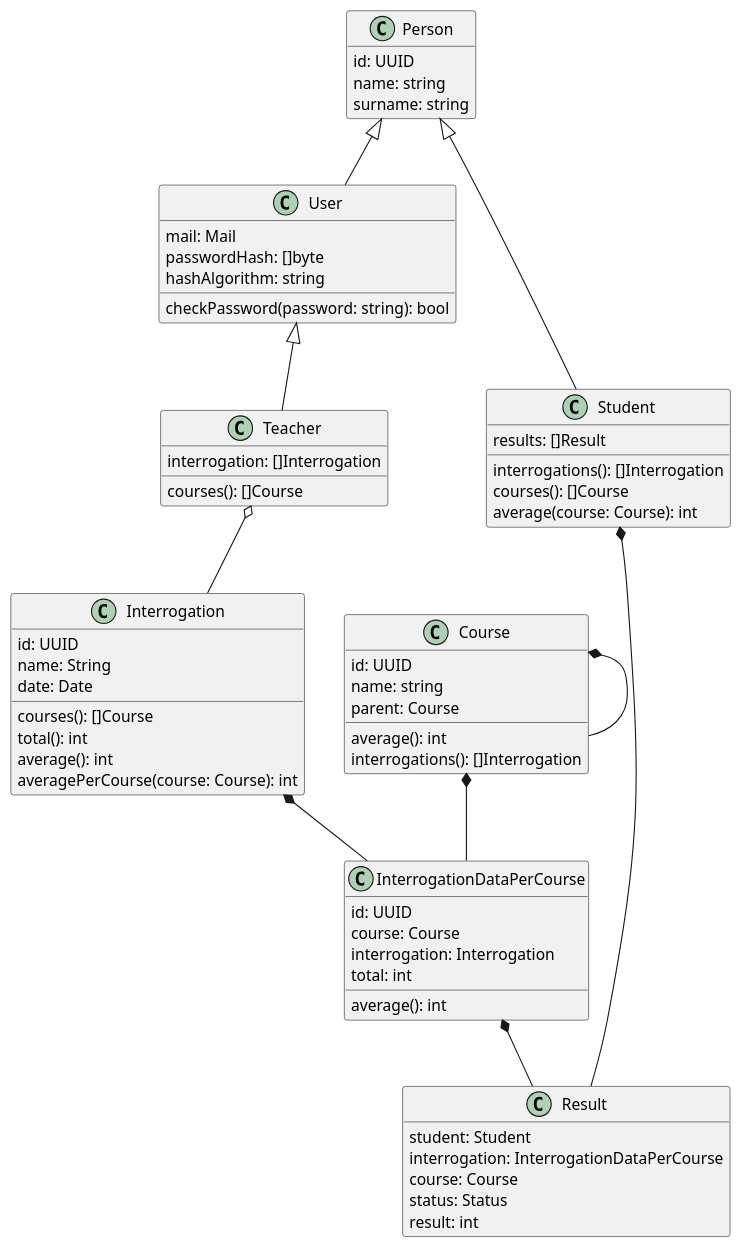
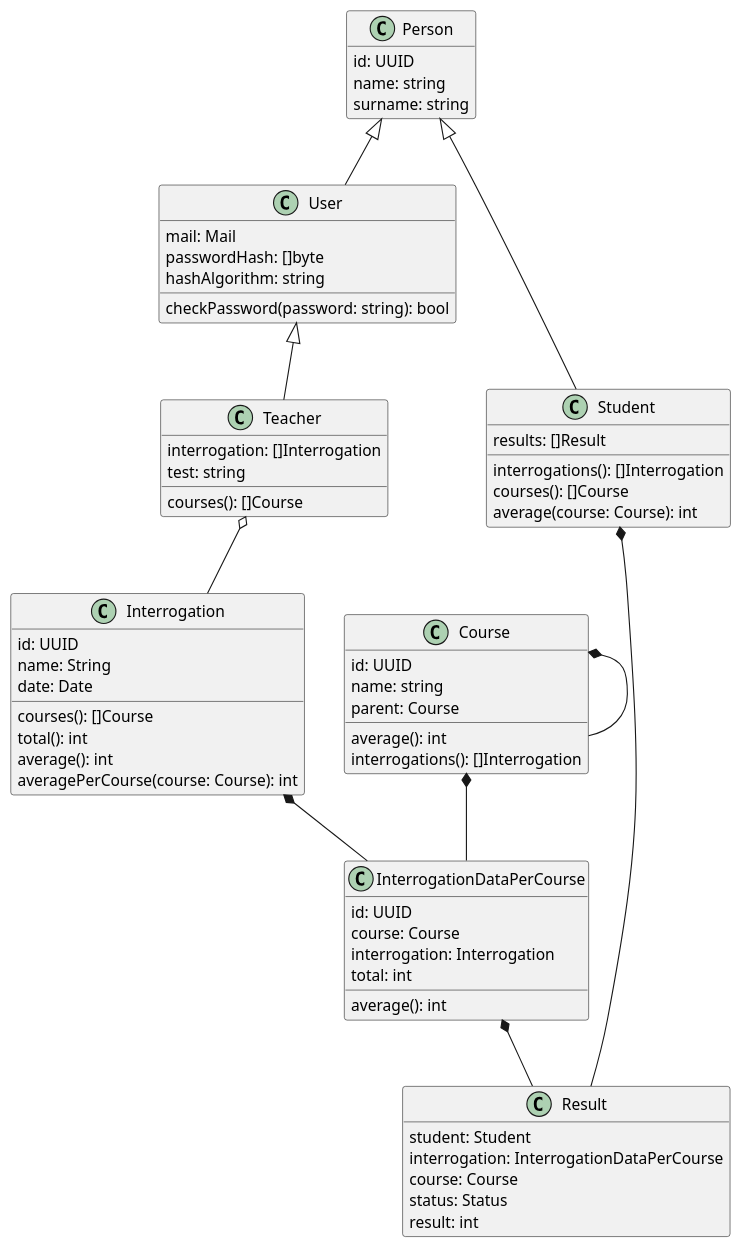
Before and after one commit to normegil/toth: the diagram in analysis/model.puml, drawn with PlantUML. The commit also changed 4 other files, not shown here.

Commit message:
#9 - Pre-commit hook added to generate schema from puml files

```diff
--- a/analysis/model.puml
+++ b/analysis/model.puml
@@ -1,74 +1,75 @@
 @startuml
 hide empty methods
 
 class Person {
     id: UUID
     name: string
     surname: string
 }
 
 class User {
     mail: Mail
     passwordHash: []byte
     hashAlgorithm: string
     checkPassword(password: string): bool
 }
 
 class Teacher {
     interrogation: []Interrogation
     courses(): []Course
+    test: string
 }
 
 class Student {
     results: []Result
     interrogations(): []Interrogation
     courses(): []Course
     average(course: Course): int
 }
 
 class Course {
     id: UUID
     name: string
     parent: Course
     average(): int
     interrogations(): []Interrogation
 }
 
 class Interrogation {
     id: UUID
     name: String
     date: Date
     courses(): []Course
     total(): int
     average(): int
     averagePerCourse(course: Course): int
 }
 
 class InterrogationDataPerCourse {
     id: UUID
     course: Course
     interrogation: Interrogation
     total: int
     average(): int
 }
 
 class Result {
     student: Student
     interrogation: InterrogationDataPerCourse
     course: Course
     status: Status
     result: int
 }
 
 Student *-- Result
 Interrogation *-- InterrogationDataPerCourse
 Course *-- Course
 Course *-- InterrogationDataPerCourse
 InterrogationDataPerCourse *-- Result
 
 Person <|-- User
 Person <|-- Student
 User <|-- Teacher
 Teacher o-- Interrogation
 
 @enduml
```
